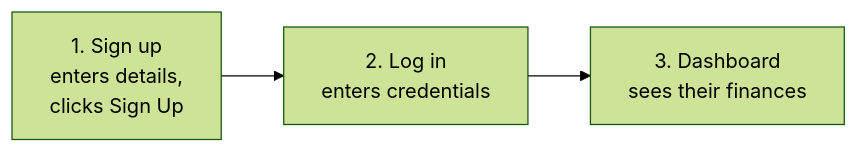
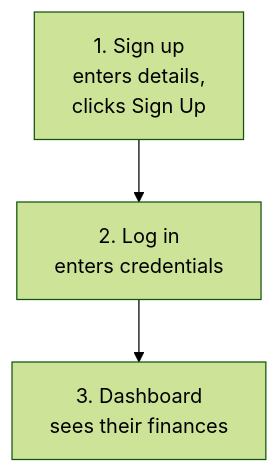
Before and after one commit to iamrs77/interview-ready: the second of 2 diagrams in content/javascript/testing/unit-integration-e2e.mdx, drawn with Mermaid (forest theme). The commit also changed other lines of this file and 70 other files, not shown here.

````diff
--- a/content/javascript/testing/unit-integration-e2e.mdx
+++ b/content/javascript/testing/unit-integration-e2e.mdx
@@ -79,5 +79,5 @@
 ```mermaid
-flowchart LR
-  S["1. Sign up<br/>enters details,<br/>clicks Sign Up"] --> L["2. Log in<br/>enters credentials"]
-  L --> D["3. Dashboard<br/>sees their finances"]
+flowchart TB
+  S["1. Sign up<br/>enters details,<br/>clicks Sign Up"]:::client --> L["2. Log in<br/>enters credentials"]:::client
+  L --> D["3. Dashboard<br/>sees their finances"]:::client
 ```
````
